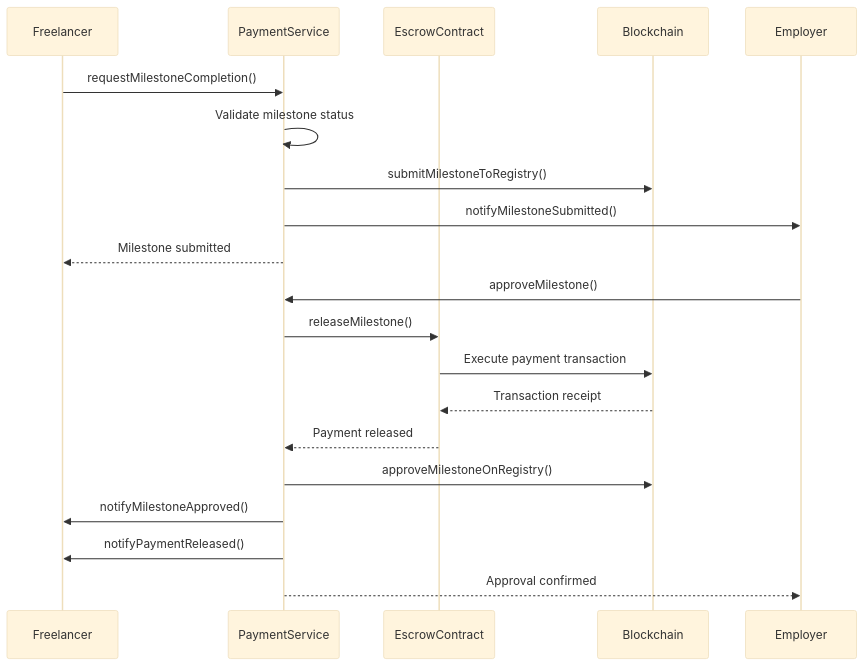
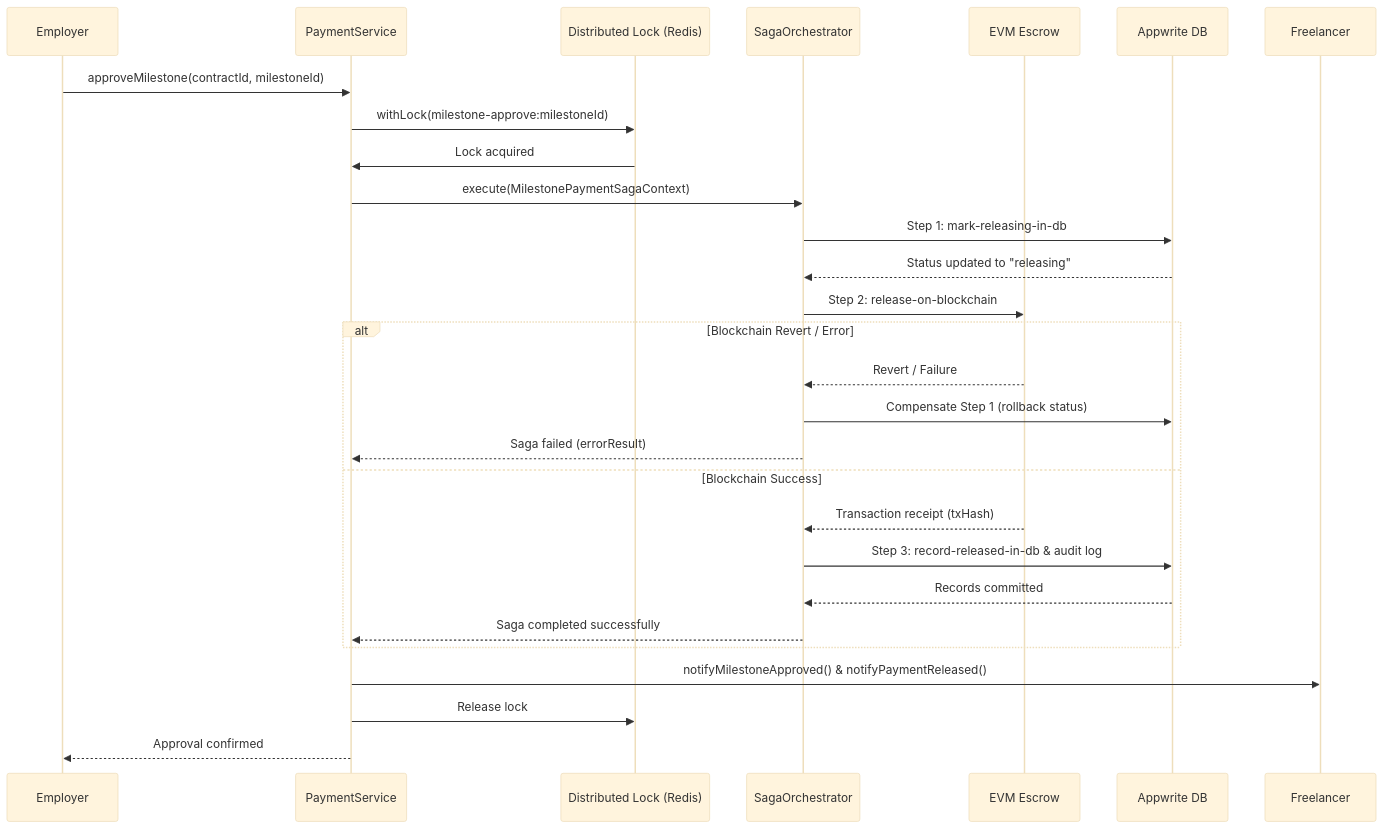
Before and after one commit to ProTechPh/FreelanceXchain-api: the second of 4 diagrams in docs/architecture/business-logic.md, drawn with Mermaid (base theme). The commit also changed other lines of this file and 10 other files, not shown here.

````diff
--- a/docs/architecture/business-logic.md
+++ b/docs/architecture/business-logic.md
@@ -84,22 +94,31 @@
 ```mermaid
 sequenceDiagram
+participant Employer
+participant PaymentService
+participant AsyncLock as Distributed Lock (Redis)
+participant Saga as SagaOrchestrator
+participant EscrowContract as EVM Escrow
+participant AppwriteDB as Appwrite DB
 participant Freelancer
-participant PaymentService
-participant EscrowContract
-participant Blockchain
-participant Employer
-Freelancer->>PaymentService : requestMilestoneCompletion()
-PaymentService->>PaymentService : Validate milestone status
-PaymentService->>Blockchain : submitMilestoneToRegistry()
-PaymentService->>Employer : notifyMilestoneSubmitted()
-PaymentService-->>Freelancer : Milestone submitted
-Employer->>PaymentService : approveMilestone()
-PaymentService->>EscrowContract : releaseMilestone()
-EscrowContract->>Blockchain : Execute payment transaction
-Blockchain-->>EscrowContract : Transaction receipt
-EscrowContract-->>PaymentService : Payment released
-PaymentService->>Blockchain : approveMilestoneOnRegistry()
-PaymentService->>Freelancer : notifyMilestoneApproved()
-PaymentService->>Freelancer : notifyPaymentReleased()
-PaymentService-->>Employer : Approval confirmed
+
+Employer->>PaymentService: approveMilestone(contractId, milestoneId)
+PaymentService->>AsyncLock: withLock(milestone-approve:milestoneId)
+AsyncLock->>PaymentService: Lock acquired
+PaymentService->>Saga: execute(MilestonePaymentSagaContext)
+Saga->>AppwriteDB: Step 1: mark-releasing-in-db
+AppwriteDB-->>Saga: Status updated to "releasing"
+Saga->>EscrowContract: Step 2: release-on-blockchain
+alt Blockchain Revert / Error
+    EscrowContract-->>Saga: Revert / Failure
+    Saga->>AppwriteDB: Compensate Step 1 (rollback status)
+    Saga-->>PaymentService: Saga failed (errorResult)
+else Blockchain Success
+    EscrowContract-->>Saga: Transaction receipt (txHash)
+    Saga->>AppwriteDB: Step 3: record-released-in-db & audit log
+    AppwriteDB-->>Saga: Records committed
+    Saga-->>PaymentService: Saga completed successfully
+end
+PaymentService->>Freelancer: notifyMilestoneApproved() & notifyPaymentReleased()
+PaymentService->>AsyncLock: Release lock
+PaymentService-->>Employer: Approval confirmed
 ```
````
